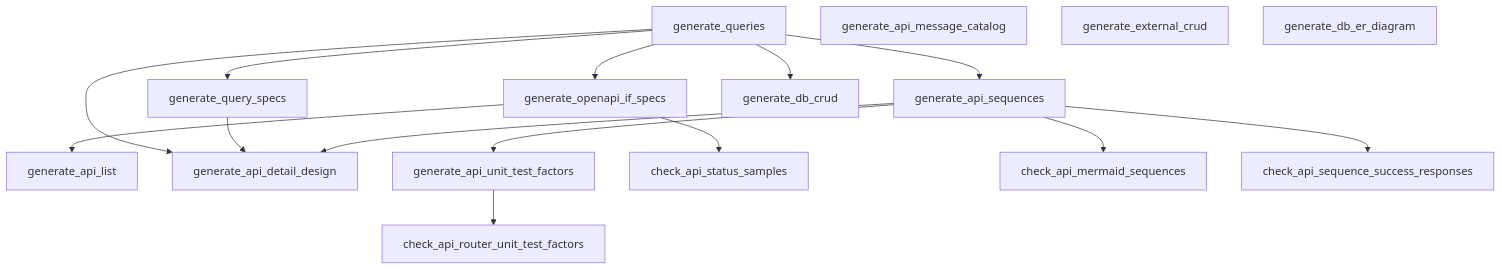
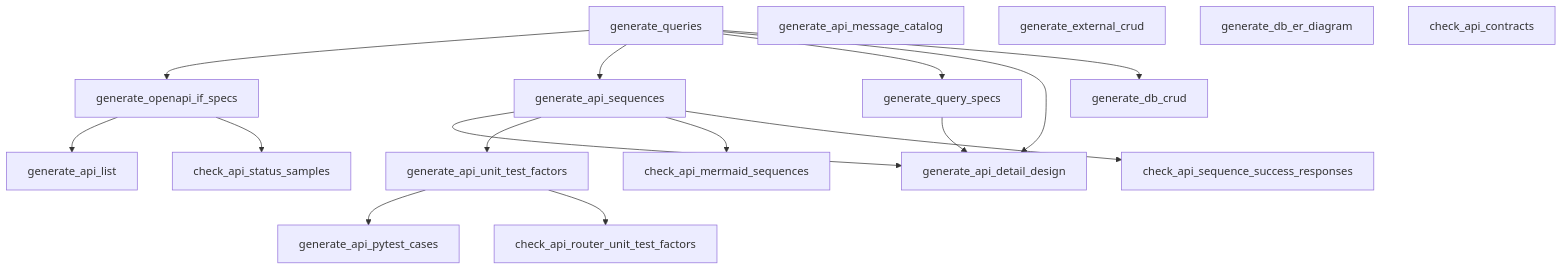
The diagram in docs/spec/tools/execution-flow.gen.md (tsuji-tomonori/lazunex), drawn with Mermaid before and after one commit. The commit also changed 34 other files, not shown here.

````diff
--- a/docs/spec/tools/execution-flow.gen.md
+++ b/docs/spec/tools/execution-flow.gen.md
@@ -5,31 +5,34 @@
 ```mermaid
 flowchart TD
   generate_queries[generate_queries]
+  generate_api_pytest_cases[generate_api_pytest_cases]
+  generate_api_unit_test_factors --> generate_api_pytest_cases
   generate_openapi_if_specs[generate_openapi_if_specs]
   generate_queries --> generate_openapi_if_specs
   generate_api_list[generate_api_list]
   generate_openapi_if_specs --> generate_api_list
   generate_api_sequences[generate_api_sequences]
   generate_queries --> generate_api_sequences
   generate_query_specs[generate_query_specs]
   generate_queries --> generate_query_specs
   generate_api_detail_design[generate_api_detail_design]
   generate_queries --> generate_api_detail_design
   generate_query_specs --> generate_api_detail_design
   generate_api_sequences --> generate_api_detail_design
   generate_api_unit_test_factors[generate_api_unit_test_factors]
   generate_api_sequences --> generate_api_unit_test_factors
   generate_api_message_catalog[generate_api_message_catalog]
   generate_db_crud[generate_db_crud]
   generate_queries --> generate_db_crud
   generate_external_crud[generate_external_crud]
   generate_db_er_diagram[generate_db_er_diagram]
   check_api_status_samples[check_api_status_samples]
   generate_openapi_if_specs --> check_api_status_samples
+  check_api_contracts[check_api_contracts]
   check_api_mermaid_sequences[check_api_mermaid_sequences]
   generate_api_sequences --> check_api_mermaid_sequences
   check_api_sequence_success_responses[check_api_sequence_success_responses]
   generate_api_sequences --> check_api_sequence_success_responses
   check_api_router_unit_test_factors[check_api_router_unit_test_factors]
   generate_api_unit_test_factors --> check_api_router_unit_test_factors
 ```
````
